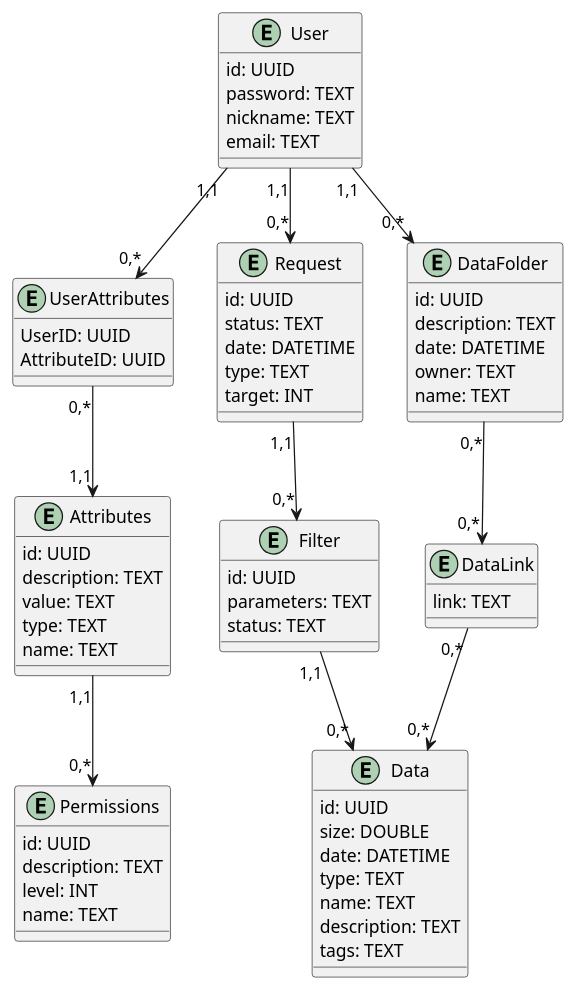
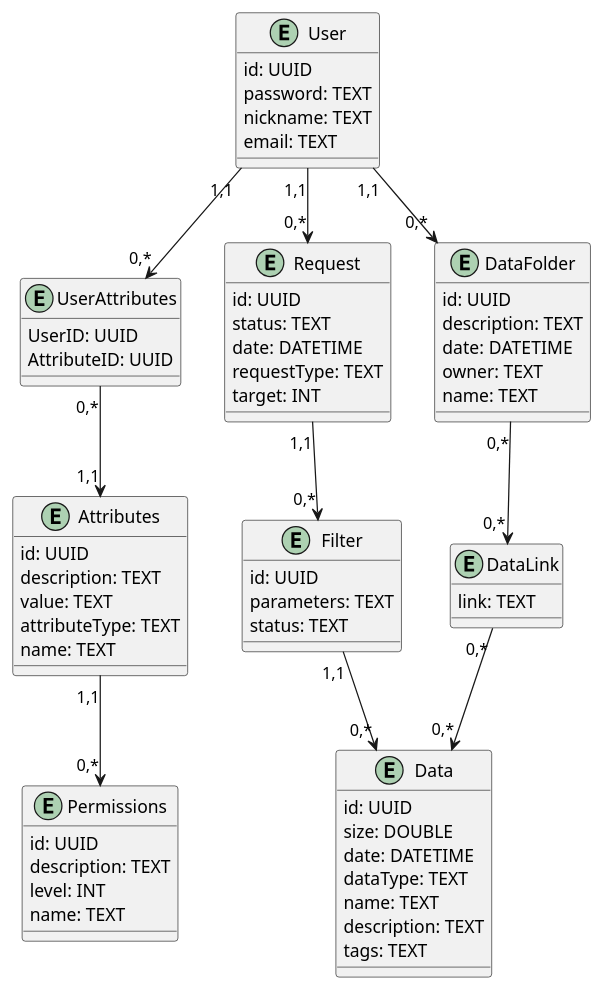
The second of 2 diagrams in docs/design/README.md (edu-db/edu_db_labs), drawn with PlantUML before and after one commit. The commit also changed other lines of this file, not shown here.

Commit message:
refactor: update attributes name for the `type`

```diff
--- a/docs/design/README.md
+++ b/docs/design/README.md
@@ -118,77 +118,77 @@
 @startuml
 
 	entity User  {
 		id: UUID
 		password: TEXT
 		nickname: TEXT
 		email: TEXT
 	}
 
 	entity UserAttributes  {
 		UserID: UUID
 		AttributeID: UUID
 	}
 
 	entity Request  {
 		id: UUID
 		status: TEXT
 		date: DATETIME 
-		type: TEXT
+		requestType: TEXT
 		target: INT
 	}
 
 	entity Filter  {
 		id: UUID
 		parameters: TEXT
 		status: TEXT
 	}
 
 	entity DataFolder  {
 		id: UUID
 		description: TEXT
 		date: DATETIME 
 		owner: TEXT
 		name: TEXT
 	}
 
 	entity Data  {
 		id: UUID
 		size: DOUBLE
 		date: DATETIME 
-		type: TEXT
+		dataType: TEXT
 		name: TEXT
 		description: TEXT
 		tags: TEXT
 	}
 
 	entity Attributes  {
 		id: UUID
 		description: TEXT
 		value: TEXT
-		type: TEXT
+		attributeType: TEXT
 		name: TEXT
 	}
 
 	entity Permissions  {
 		id: UUID
 		description: TEXT
 		level: INT
 		name: TEXT
 	}
 
 	entity DataLink  {
 		link: TEXT
 	}
 
 User "1,1" --> "0,*" UserAttributes
 User "1,1" --> "0,*" Request
 User "1,1" --> "0,*" DataFolder
 Request "1,1" --> "0,*" Filter
 Filter "1,1" --> "0,*" Data
 UserAttributes "0,*" --> "1,1" Attributes
 Attributes "1,1" --> "0,*" Permissions
 
 DataFolder "0,*" --> "0,*" DataLink
 DataLink "0,*" --> "0,*" Data
 
 @enduml
```
